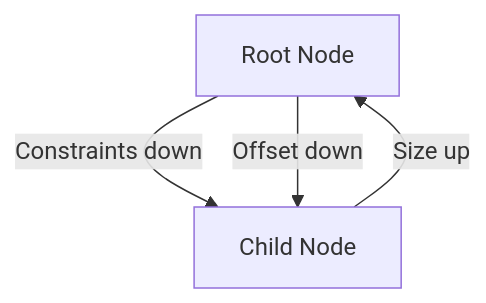
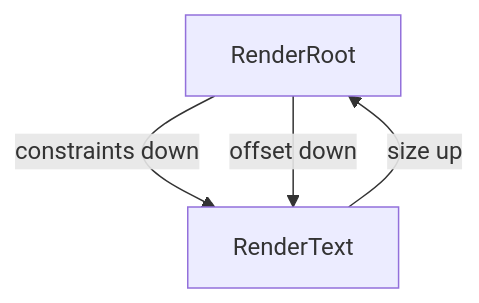
Before and after one commit to iapicca/t22e: the diagram in tasks/milestone-3/task-3-2.md, drawn with Mermaid. The commit also changed other lines of this file and 5 other files, not shown here.

````diff
--- a/tasks/milestone-3/task-3-2.md
+++ b/tasks/milestone-3/task-3-2.md
@@ -16,6 +16,6 @@
 ```mermaid
 graph TD
-    A[Root Node] -->|Constraints down| B[Child Node]
-    B -->|Size up| A
-    A -->|Offset down| B
+    A[RenderRoot] -->|constraints down| B[RenderText]
+    B -->|size up| A
+    A -->|offset down| B
 ```
````
